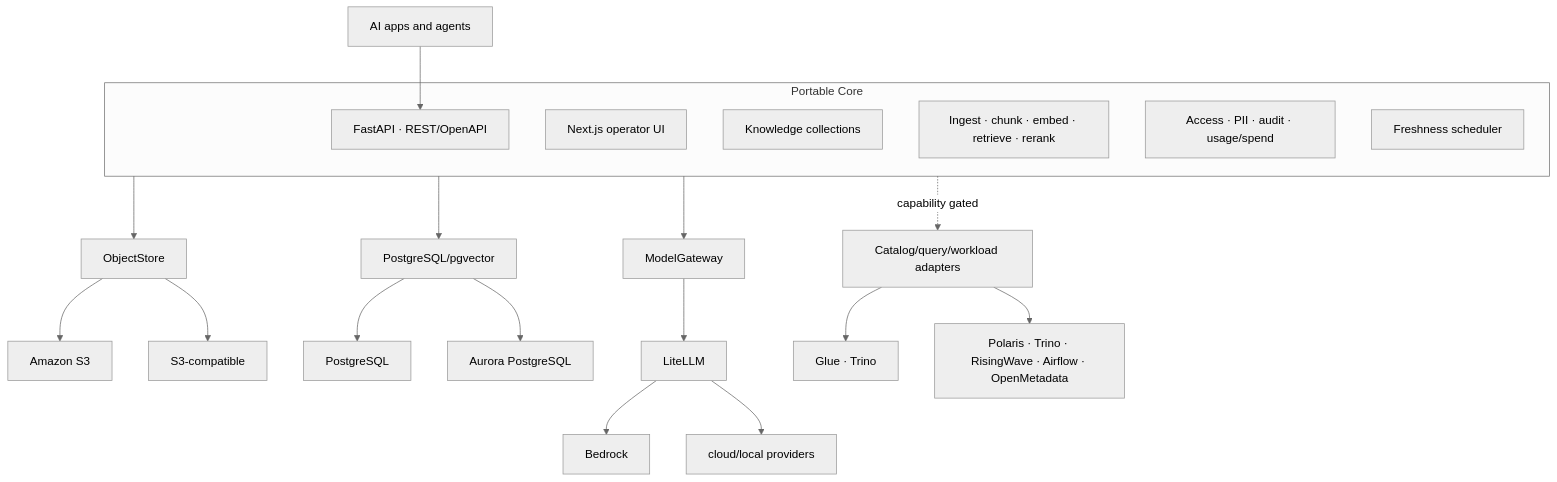
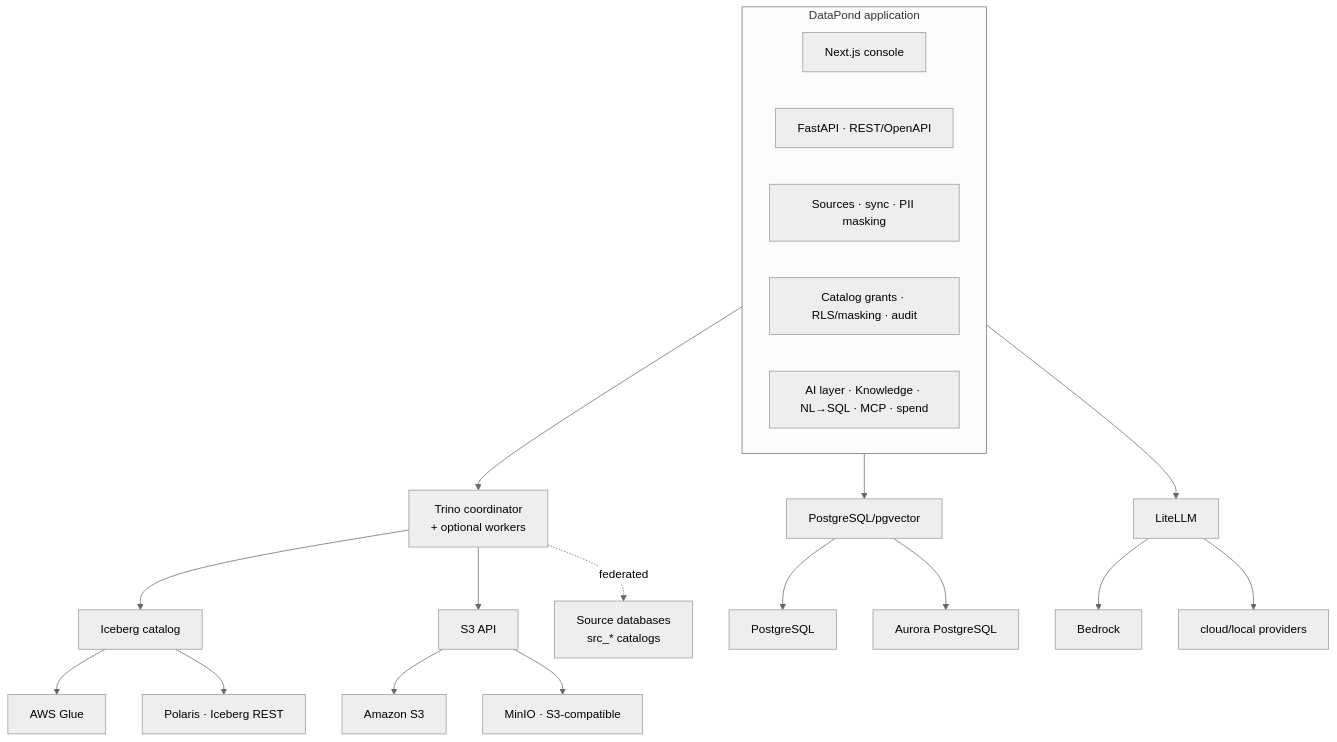
The diagram in docs/ARCHITECTURE.md (lukesgood/datapond), drawn with Mermaid (neutral theme) before and after one commit. The commit also changed other lines of this file and 11 other files, not shown here.

First line of the commit message:
docs: positioning v7 — a lightweight open lakehouse for small and mid-size teams on AWS (chart 2.6.0)

````diff
--- a/docs/ARCHITECTURE.md
+++ b/docs/ARCHITECTURE.md
@@ -7,28 +7,26 @@
 ```mermaid
 flowchart TB
-    APPS[AI apps and agents] --> API
-
-    subgraph CORE[Portable Core]
+    subgraph APP[DataPond application]
+      UI[Next.js console]
       API[FastAPI · REST/OpenAPI]
-      UI[Next.js operator UI]
-      KNOW[Knowledge collections]
-      PIPE[Ingest · chunk · embed · retrieve · rerank]
-      GOV[Access · PII · audit · usage/spend]
-      SCHED[Freshness scheduler]
+      ING[Sources · sync · PII masking]
+      GOV[Catalog grants · RLS/masking · audit]
+      AIL[AI layer · Knowledge · NL→SQL · MCP · spend]
     end
 
-    CORE --> OBJ[ObjectStore]
-    CORE --> SQLDB[PostgreSQL/pgvector]
-    CORE --> LLM[ModelGateway]
-    CORE -. capability gated .-> DATA[Catalog/query/workload adapters]
+    APP --> ENGINE[Trino coordinator<br/>+ optional workers]
+    ENGINE --> CAT[Iceberg catalog]
+    ENGINE --> OBJ[S3 API]
+    ENGINE -. federated .-> SRCDB[Source databases<br/>src_* catalogs]
+    APP --> SQLDB[PostgreSQL/pgvector]
+    APP --> LLM[LiteLLM]
 
+    CAT --> GLUE[AWS Glue]
+    CAT --> REST[Polaris · Iceberg REST]
     OBJ --> S3[Amazon S3]
-    OBJ --> COMPAT[S3-compatible]
+    OBJ --> COMPAT[MinIO · S3-compatible]
     SQLDB --> PG[PostgreSQL]
     SQLDB --> AURORA[Aurora PostgreSQL]
-    LLM --> LITELLM[LiteLLM]
-    LITELLM --> BEDROCK[Bedrock]
-    LITELLM --> OTHER[cloud/local providers]
-    DATA --> AWS[Glue · Trino]
-    DATA --> OSS[Polaris · Trino · RisingWave · Airflow · OpenMetadata]
+    LLM --> BEDROCK[Bedrock]
+    LLM --> OTHER[cloud/local providers]
 ```
````
